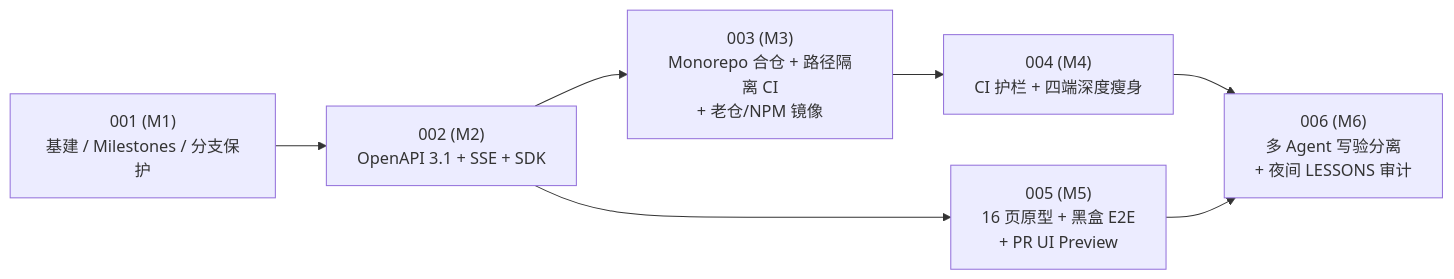
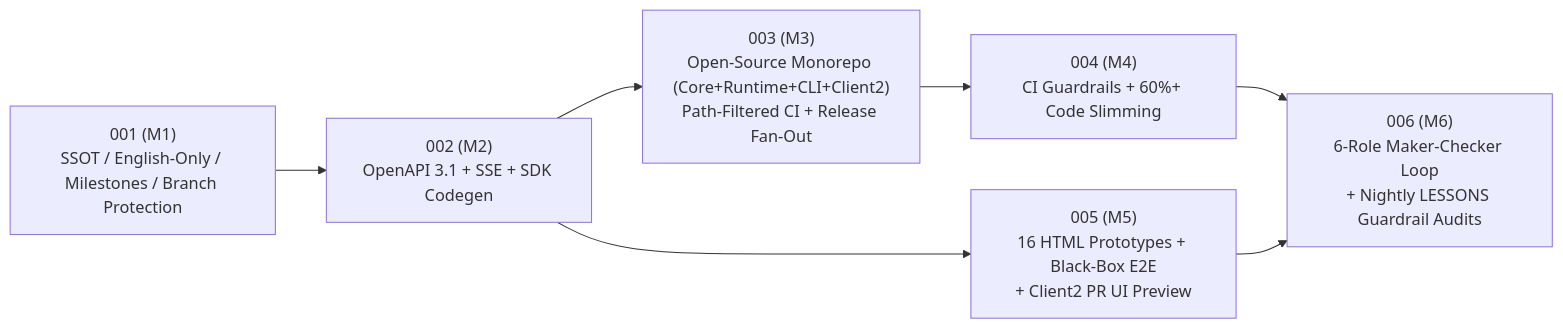
One commit to risense-ai/respire-resources changed the diagram in openspec/ROADMAP.md. Above: the diagram before and after it, drawn with Mermaid. The commit also changed other lines of this file and 51 other files, not shown here.

Commit message:
chore: enforce English-only docs/code and open-source core topology

````diff
--- a/openspec/ROADMAP.md
+++ b/openspec/ROADMAP.md
@@ -9,9 +9,9 @@
 ```mermaid
 flowchart LR
-    C01["001 (M1)<br/>基建 / Milestones / 分支保护"] --> C02["002 (M2)<br/>OpenAPI 3.1 + SSE + SDK"]
-    C02 --> C03["003 (M3)<br/>Monorepo 合仓 + 路径隔离 CI<br/>+ 老仓/NPM 镜像"]
-    C03 --> C04["004 (M4)<br/>CI 护栏 + 四端深度瘦身"]
-    C02 --> C05["005 (M5)<br/>16 页原型 + 黑盒 E2E<br/>+ PR UI Preview"]
-    C04 --> C06["006 (M6)<br/>多 Agent 写验分离<br/>+ 夜间 LESSONS 审计"]
+    C01["001 (M1)<br/>SSOT / English-Only / Milestones / Branch Protection"] --> C02["002 (M2)<br/>OpenAPI 3.1 + SSE + SDK Codegen"]
+    C02 --> C03["003 (M3)<br/>Open-Source Monorepo (Core+Runtime+CLI+Client2)<br/>Path-Filtered CI + Release Fan-Out"]
+    C03 --> C04["004 (M4)<br/>CI Guardrails + 60%+ Code Slimming"]
+    C02 --> C05["005 (M5)<br/>16 HTML Prototypes + Black-Box E2E<br/>+ Client2 PR UI Preview"]
+    C04 --> C06["006 (M6)<br/>6-Role Maker-Checker Loop<br/>+ Nightly LESSONS Guardrail Audits"]
     C05 --> C06
 ```
````
